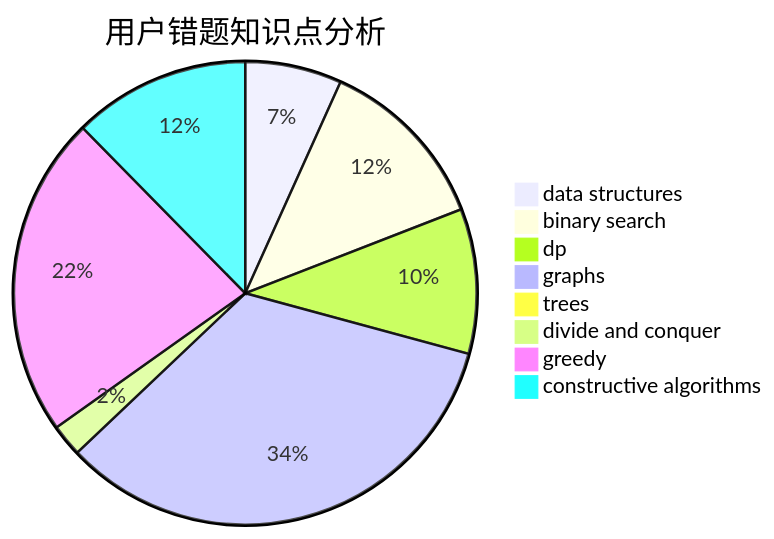
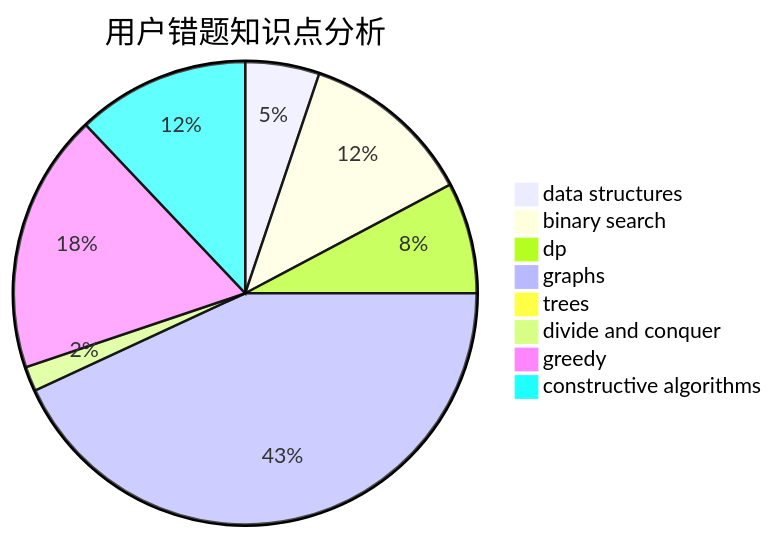
The third of 3 diagrams in docs/user/u712.md (sherpahu/cfrs.github.io), drawn with Mermaid before and after one commit. The commit also changed other lines of this file and 2770 other files, not shown here.

````diff
--- a/docs/user/u712.md
+++ b/docs/user/u712.md
@@ -36,11 +36,11 @@
 ```mermaid
 pie title 用户错题知识点分析
     "data structures" :  6
-    "binary search" :  11
+    "binary search" :  14
     "dp" :  9
-    "graphs" :  30
+    "graphs" :  50
     "trees" :  0
     "divide and conquer" :  2
-    "greedy" :  20
-    "constructive algorithms" :  11
+    "greedy" :  21
+    "constructive algorithms" :  14
 ```
````
